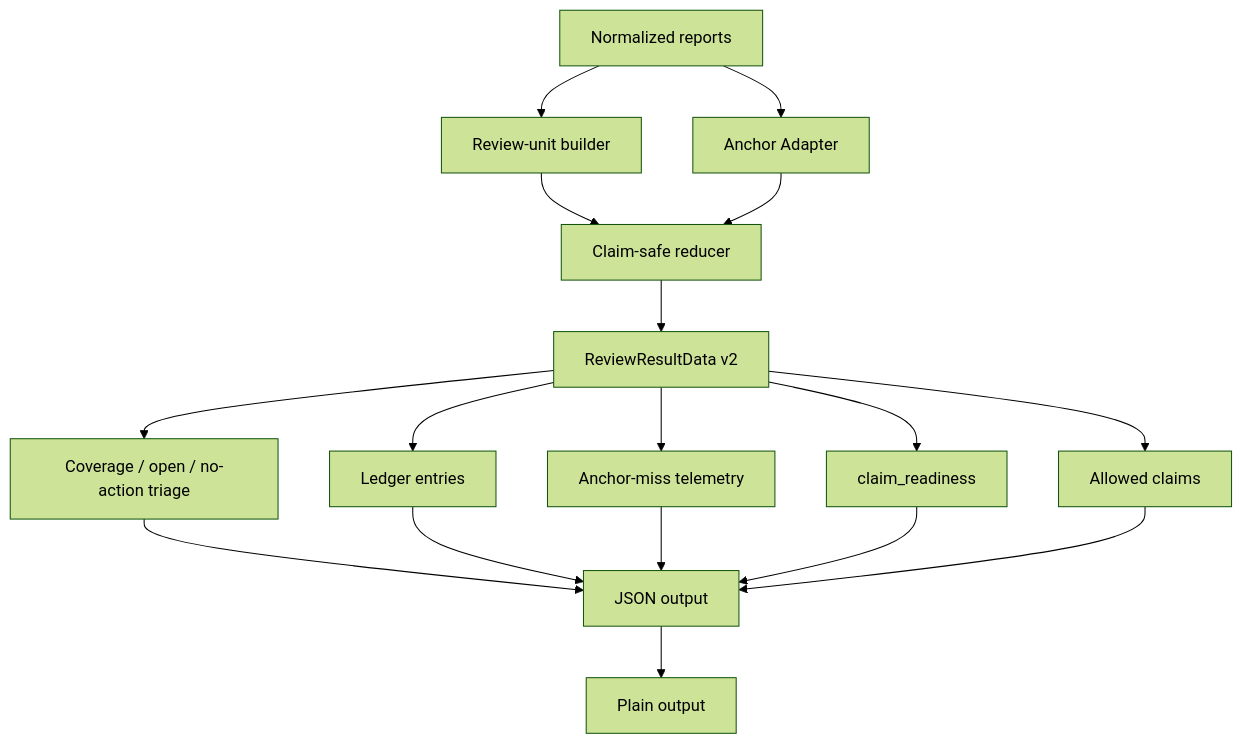
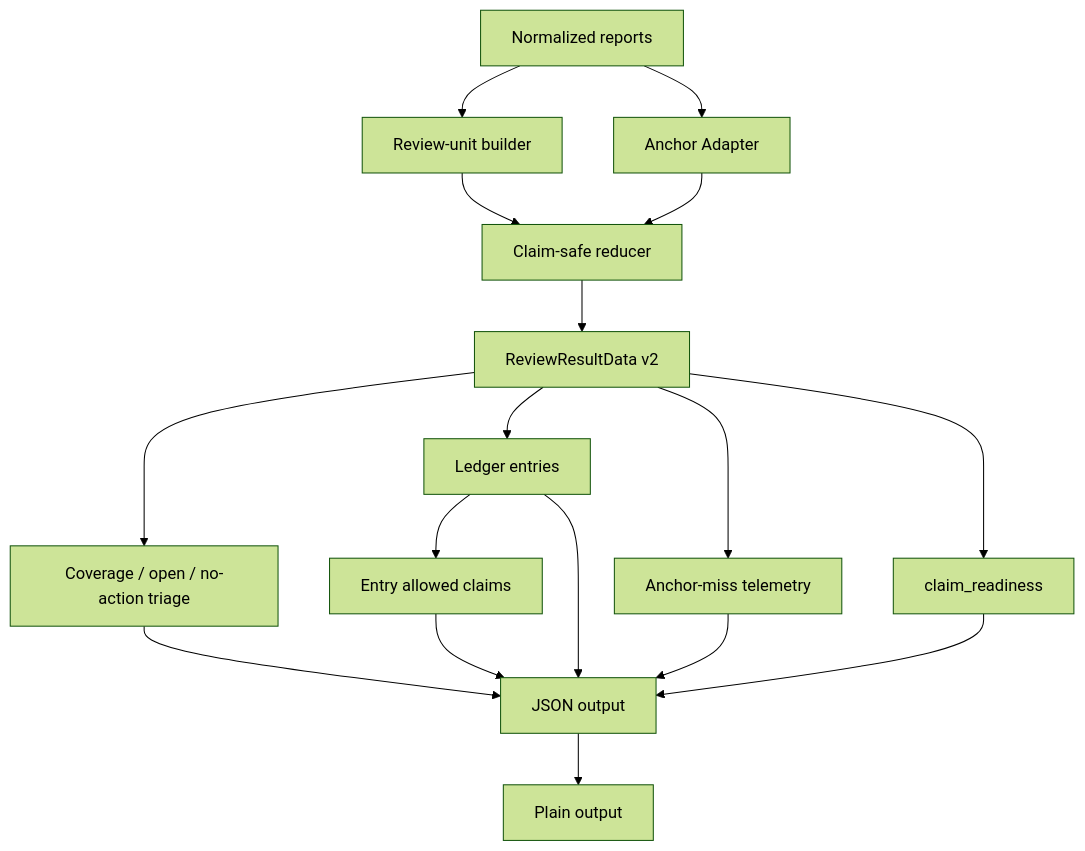
One commit to nathanvale/claude-code-config changed the first of 2 diagrams in docs/plans/2026-06-13-001-feat-skill-feedback-claim-safe-review-result-v2-plan.md. Above: the diagram before and after it, drawn with Mermaid (forest theme). The commit also changed other lines of this file and 3 other files, not shown here.

````diff
--- a/docs/plans/2026-06-13-001-feat-skill-feedback-claim-safe-review-result-v2-plan.md
+++ b/docs/plans/2026-06-13-001-feat-skill-feedback-claim-safe-review-result-v2-plan.md
@@ -138,19 +143,19 @@
 ```mermaid
 flowchart TB
   A["Normalized reports"] --> B["Review-unit builder"]
   A --> C["Anchor Adapter"]
   B --> D["Claim-safe reducer"]
   C --> D
   D --> E["ReviewResultData v2"]
   E --> F["Coverage / open / no-action triage"]
   E --> G["Ledger entries"]
   E --> H["Anchor-miss telemetry"]
   E --> I["claim_readiness"]
-  E --> J["Allowed claims"]
+  G --> J["Entry allowed claims"]
   F --> K["JSON output"]
   G --> K
   H --> K
   I --> K
   J --> K
   K --> L["Plain output"]
 ```
````
